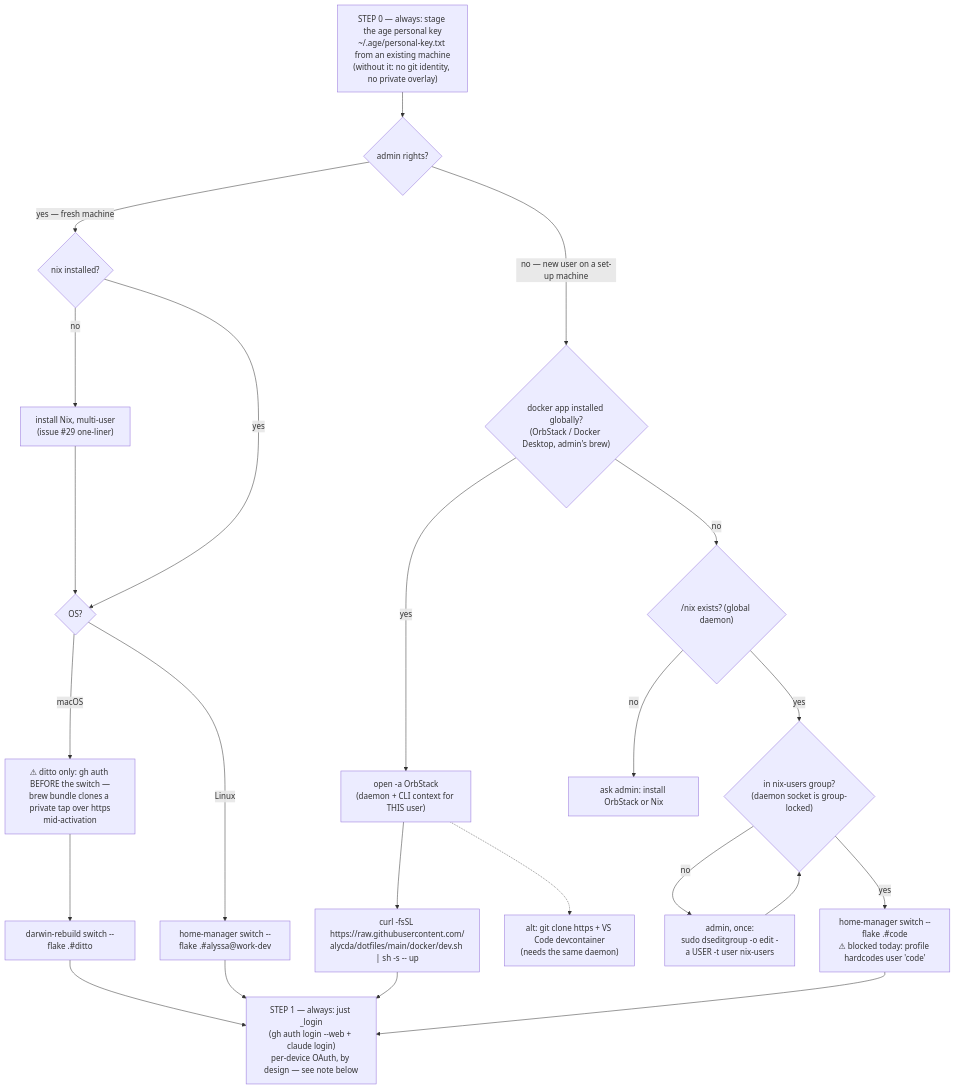
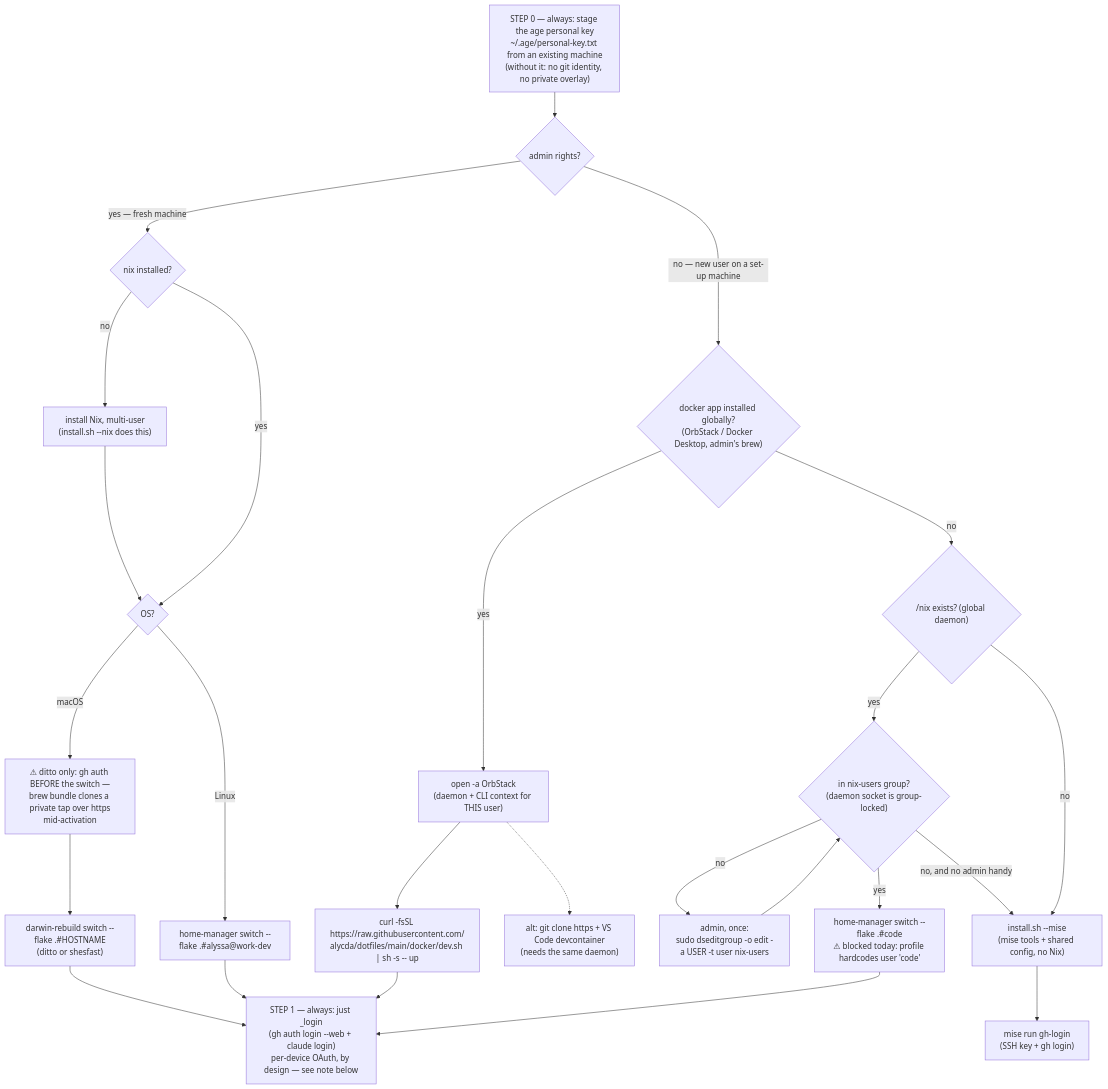
One commit to alycda/dotfiles changed the diagram in README.md. Above: the diagram before and after it, drawn with Mermaid. The commit also changed other lines of this file and 2 other files, not shown here.

````diff
--- a/README.md
+++ b/README.md
@@ -63,29 +75,31 @@
 ```mermaid
 flowchart TD
     K0["STEP 0 — always: stage the age personal key<br/>~/.age/personal-key.txt from an existing machine<br/>(without it: no git identity, no private overlay)"]
     K0 --> Q1{admin rights?}
 
     Q1 -- "yes — fresh machine" --> Q2{nix installed?}
-    Q2 -- no --> N1["install Nix, multi-user<br/>(issue #29 one-liner)"]
+    Q2 -- no --> N1["install Nix, multi-user<br/>(install.sh --nix does this)"]
     N1 --> Q3{OS?}
     Q2 -- yes --> Q3
     Q3 -- macOS --> W1["⚠ ditto only: gh auth BEFORE the switch —<br/>brew bundle clones a private tap over https<br/>mid-activation"]
-    W1 --> D1["darwin-rebuild switch --flake .#ditto"]
+    W1 --> D1["darwin-rebuild switch --flake .#HOSTNAME<br/>(ditto or shesfast)"]
     Q3 -- Linux --> D2["home-manager switch --flake .#alyssa@work-dev"]
 
     Q1 -- "no — new user on a set-up machine" --> Q4{"docker app installed globally?<br/>(OrbStack / Docker Desktop, admin's brew)"}
     Q4 -- yes --> C1["open -a OrbStack<br/>(daemon + CLI context for THIS user)"]
     C1 --> C2["curl -fsSL https://raw.githubusercontent.com/<br/>alycda/dotfiles/main/docker/dev.sh | sh -s -- up"]
     C1 -.-> C3["alt: git clone https + VS Code devcontainer<br/>(needs the same daemon)"]
     Q4 -- no --> Q5{"/nix exists? (global daemon)"}
     Q5 -- yes --> Q6{"in nix-users group?<br/>(daemon socket is group-locked)"}
     Q6 -- no --> A1["admin, once:<br/>sudo dseditgroup -o edit -a USER -t user nix-users"]
     A1 --> Q6
+    Q6 -- "no, and no admin handy" --> M1["install.sh --mise<br/>(mise tools + shared config, no Nix)"]
     Q6 -- yes --> H1["home-manager switch --flake .#code<br/>⚠ blocked today: profile hardcodes user 'code'"]
-    Q5 -- no --> A2[ask admin: install OrbStack or Nix]
+    Q5 -- no --> M1
 
     D1 --> S1["STEP 1 — always: just _login<br/>(gh auth login --web + claude login)<br/>per-device OAuth, by design — see note below"]
     D2 --> S1
     C2 --> S1
     H1 --> S1
+    M1 --> S2["mise run gh-login<br/>(SSH key + gh login)"]
 ```
````
